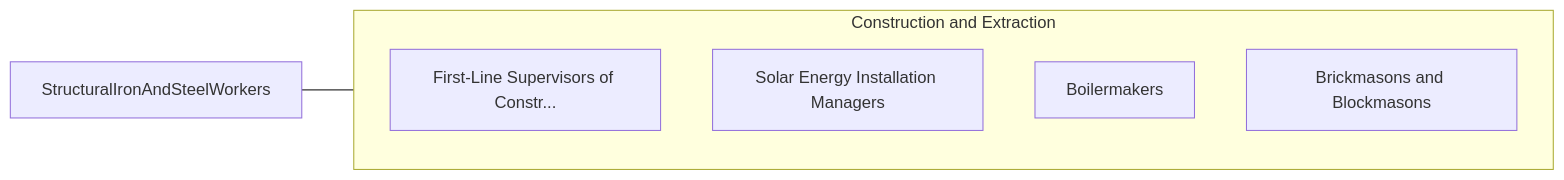
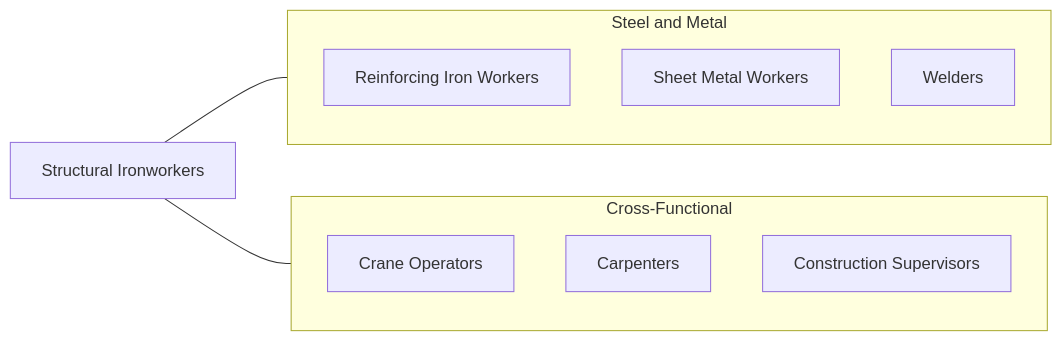
One commit to kziemski/business.org.ai changed the fourth of 4 diagrams in occupations/Construction/StructuralIronAndSteelWorkers.mdx. Above: the diagram before and after it, drawn with Mermaid. The commit also changed other lines of this file and 938 other files, not shown here.

````diff
--- a/occupations/Construction/StructuralIronAndSteelWorkers.mdx
+++ b/occupations/Construction/StructuralIronAndSteelWorkers.mdx
@@ -117,13 +177,16 @@
 ```mermaid
 graph LR
-    Current["StructuralIronAndSteelWorkers"]
-
-    subgraph SameCategory["Construction and Extraction"]
-        FirstLineSupervisors["First-Line Supervisors of Constr..."]
-        SolarEnergyInstallat["Solar Energy Installation Managers"]
-        Boilermakers["Boilermakers"]
-        BrickmasonsAndBlockm["Brickmasons and Blockmasons"]
+    Current["Structural Ironworkers"]
+    subgraph Same["Steel and Metal"]
+        Rebar["Reinforcing Iron Workers"]
+        SheetMetal["Sheet Metal Workers"]
+        Welder["Welders"]
     end
-
-    Current --- SameCategory
+    subgraph Cross["Cross-Functional"]
+        Crane["Crane Operators"]
+        Carpenter["Carpenters"]
+        Super["Construction Supervisors"]
+    end
+    Current --- Same
+    Current --- Cross
 ```
````
